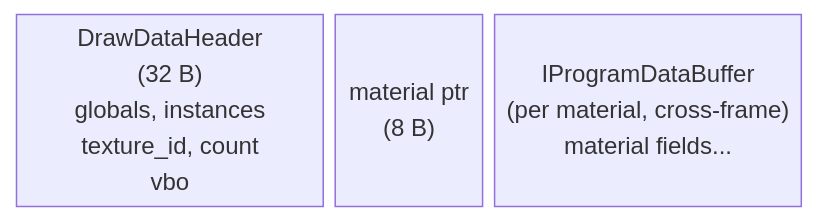
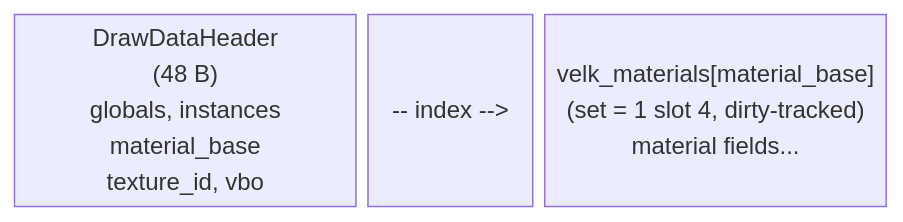
One commit to ljaaskela/velk-platform changed the fourth of 5 diagrams in docs/render/render-backend.md. Above: the diagram before and after it, drawn with Mermaid. The commit also changed other lines of this file and 2 other files, not shown here.

````diff
--- a/docs/render/render-backend.md
+++ b/docs/render/render-backend.md
@@ -425,5 +422,5 @@
 ```mermaid
 block-beta
     columns 5
-    A["DrawDataHeader<br/>(32 B)<br/>globals, instances<br/>texture_id, count<br/>vbo"]:2 B["material ptr<br/>(8 B)"]:1 C["IProgramDataBuffer<br/>(per material, cross-frame)<br/>material fields..."]:2
+    A["DrawDataHeader<br/>(48 B)<br/>globals, instances<br/>material_base<br/>texture_id, vbo"]:2 B["-- index -->"]:1 C["velk_materials[material_base]<br/>(set = 1 slot 4, dirty-tracked)<br/>material fields..."]:2
 ```
````
